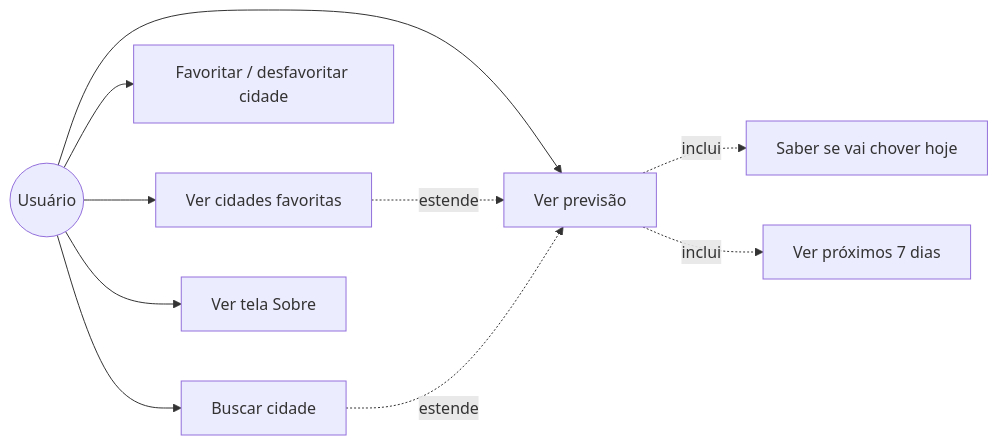
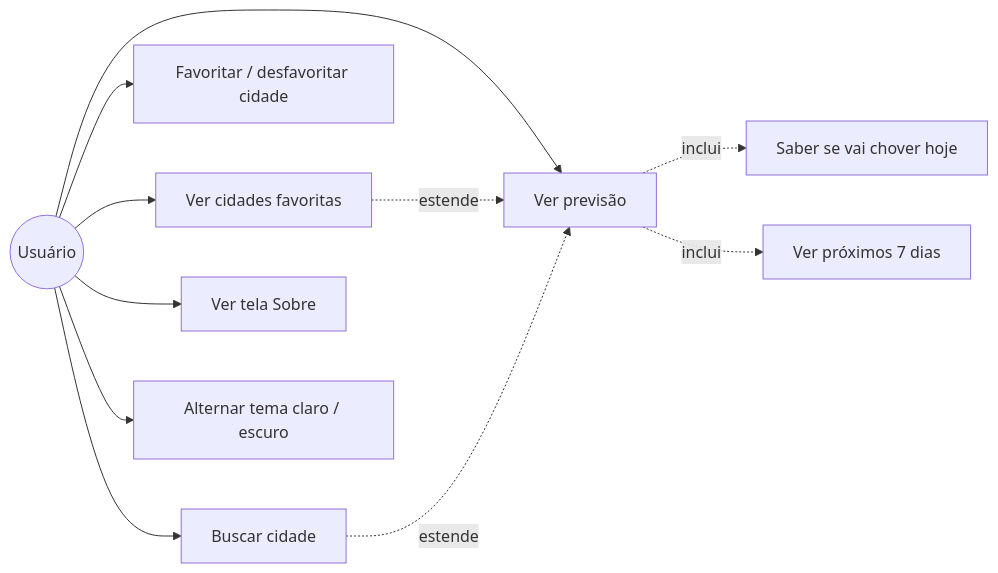
Before and after one commit to evertton82/chove-ou-nao-chove: the first of 5 diagrams in README.md, drawn with Mermaid. The commit also changed other lines of this file and 21 other files, not shown here.

Commit message:
Adiciona tema claro e escuro

````diff
--- a/README.md
+++ b/README.md
@@ -55,13 +59,14 @@
 ```mermaid
 flowchart LR
     U((Usuário))
     U --> UC1[Buscar cidade]
     U --> UC2[Ver previsão]
     U --> UC3[Favoritar / desfavoritar cidade]
     U --> UC4[Ver cidades favoritas]
     U --> UC5[Ver tela Sobre]
+    U --> UC8[Alternar tema claro / escuro]
     UC2 -. inclui .-> UC6[Saber se vai chover hoje]
     UC2 -. inclui .-> UC7[Ver próximos 7 dias]
     UC4 -. estende .-> UC2
     UC1 -. estende .-> UC2
 ```
````
